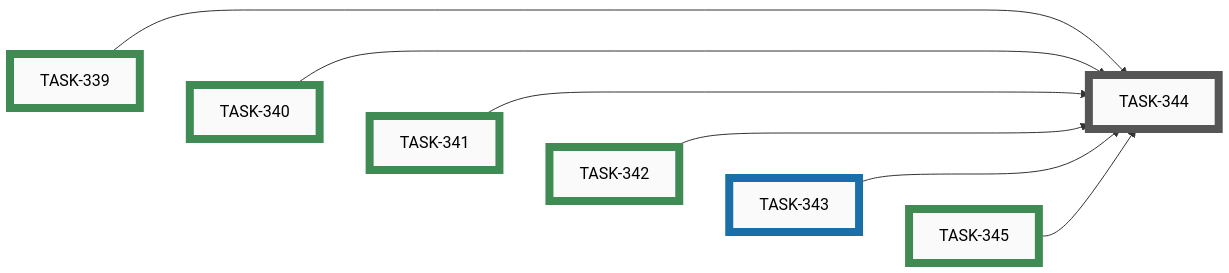
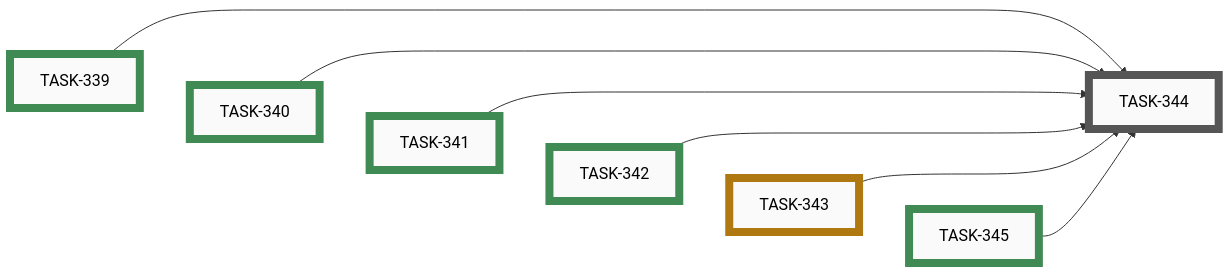
The ninth of 11 diagrams in docs/developers/tasks/EPICS.md (tgd1975/AwesomeStudioPedal), drawn with Mermaid before and after one commit. The commit also changed other lines of this file and 8 other files, not shown here.

````diff
--- a/docs/developers/tasks/EPICS.md
+++ b/docs/developers/tasks/EPICS.md
@@ -370,32 +370,32 @@
 ```mermaid
 graph LR
     TASK_344["TASK-344"]:::open
-    TASK_343["TASK-343"]:::active
+    TASK_343["TASK-343"]:::paused
     TASK_339["TASK-339"]:::closed
     TASK_340["TASK-340"]:::closed
     TASK_341["TASK-341"]:::closed
     TASK_342["TASK-342"]:::closed
     TASK_345["TASK-345"]:::closed
     TASK_339 --> TASK_344
     TASK_340 --> TASK_344
     TASK_341 --> TASK_344
     TASK_342 --> TASK_344
     TASK_343 --> TASK_344
     TASK_345 --> TASK_344
     TASK_339 ~~~ TASK_340 ~~~ TASK_341 ~~~ TASK_342 ~~~ TASK_343 ~~~ TASK_345
     click TASK_344 "open/task-344-archive-idea-049-after-logo-tasks-shipped.md"
-    click TASK_343 "active/task-343-add-github-social-preview-image.md"
+    click TASK_343 "open/task-343-add-github-social-preview-image.md"
     click TASK_339 "closed/task-339-add-asp-logo-to-web-simulator-header.md"
     click TASK_340 "closed/task-340-add-asp-logo-to-profile-builder-header.md"
     click TASK_341 "closed/task-341-add-asp-logo-to-configuration-builder-header.md"
     click TASK_342 "closed/task-342-add-asp-logo-to-mobile-app-appbar.md"
     click TASK_345 "closed/task-345-swap-android-launcher-icon-to-asp-mark.md"
     classDef open    fill:#FAFAFA,stroke:#555,stroke-width:8px,color:#000
     classDef active  fill:#FAFAFA,stroke:#1A6FA8,stroke-width:8px,color:#000
     classDef closed  fill:#FAFAFA,stroke:#3F8B53,stroke-width:8px,color:#000
     classDef paused  fill:#FAFAFA,stroke:#B07810,stroke-width:8px,color:#000
     classDef openExt    fill:#000,stroke:#888,stroke-width:8px,color:#FFF
     classDef activeExt  fill:#000,stroke:#3FA9F5,stroke-width:8px,color:#FFF
     classDef closedExt  fill:#000,stroke:#7CC68A,stroke-width:8px,color:#FFF
     classDef pausedExt  fill:#000,stroke:#F0B030,stroke-width:8px,color:#FFF
 ```
````
